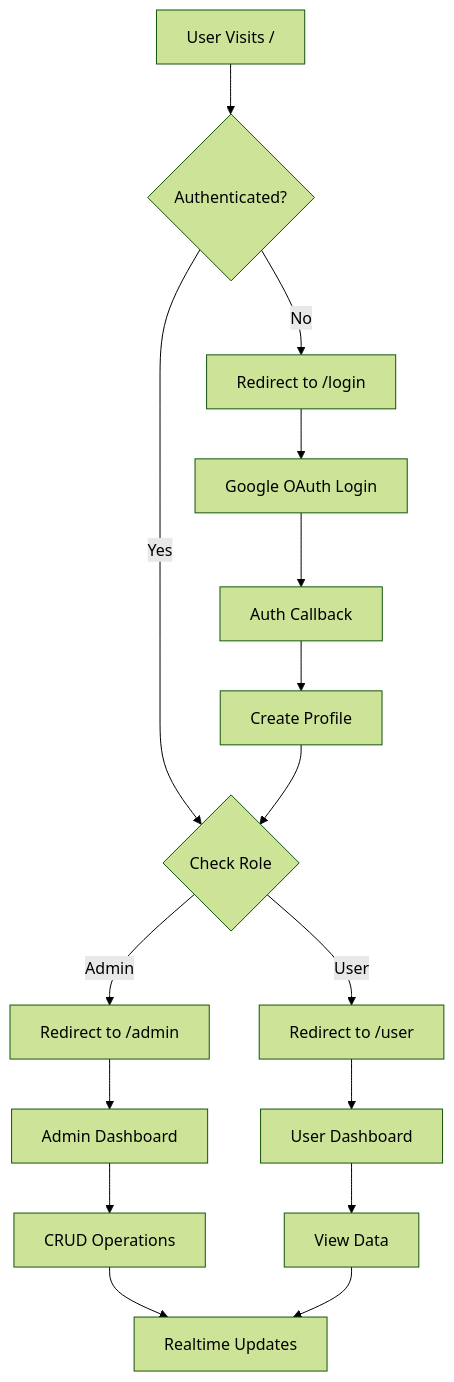
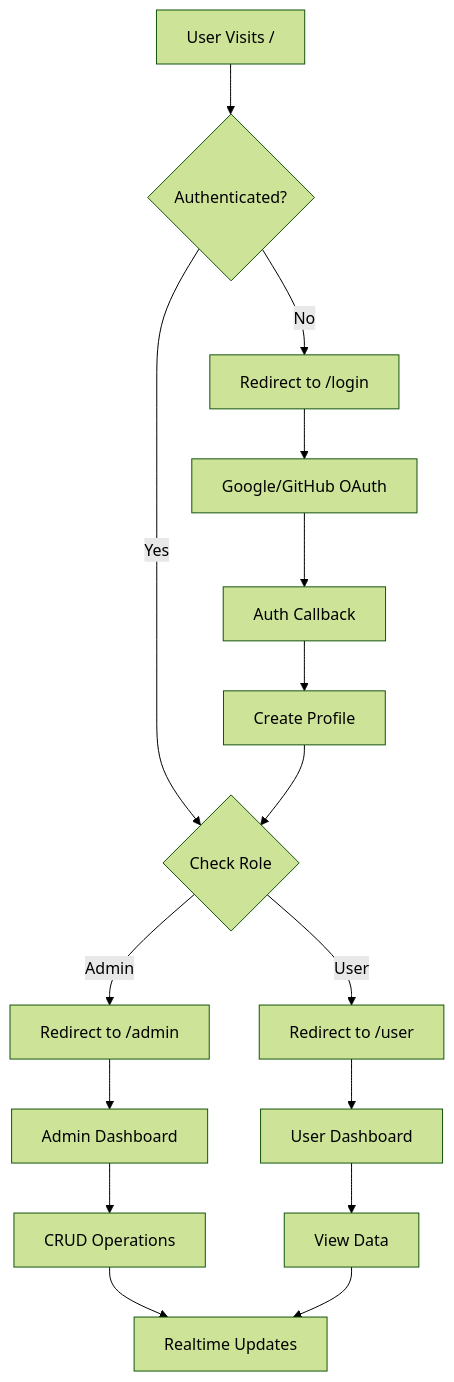
The second of 2 diagrams in README.md (Tanwyhang/alphv-intern-app), drawn with Mermaid (forest theme) before and after one commit. The commit also changed other lines of this file and 14 other files, not shown here.

````diff
--- a/README.md
+++ b/README.md
@@ -65,21 +64,21 @@
 ```mermaid
 graph TD
     A[User Visits /] --> B{Authenticated?}
     B -->|No| C[Redirect to /login]
     B -->|Yes| D{Check Role}
     D -->|Admin| E[Redirect to /admin]
     D -->|User| F[Redirect to /user]
     
-    C --> G[Google OAuth Login]
+    C --> G[Google/GitHub OAuth]
     G --> H[Auth Callback]
     H --> I[Create Profile]
     I --> D
     
     E --> J[Admin Dashboard]
     J --> K[CRUD Operations]
     K --> L[Realtime Updates]
     
     F --> M[User Dashboard]
     M --> N[View Data]
     N --> L
 ```
````
